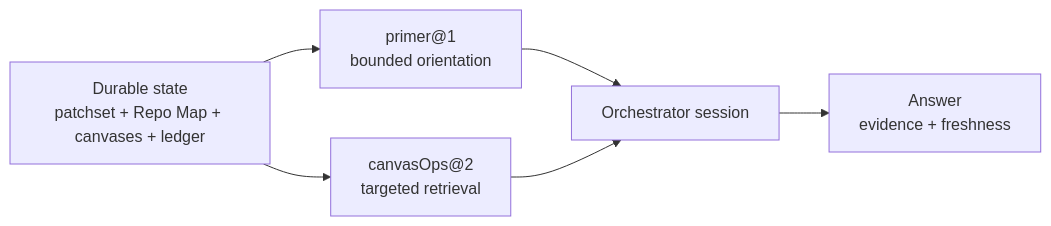
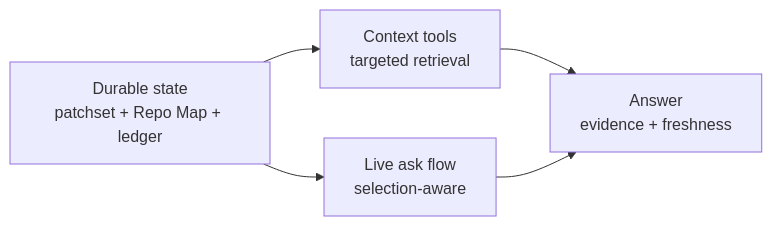
Before and after one commit to rbutera/Rennet: the diagram in docs/developing/concepts/context-assembly.md, drawn with Mermaid. The commit also changed other lines of this file and 17 other files, not shown here.

Commit message:
docs(b2): tasks 8.3-8.5 — repoint instructions→prompts, trim deleted canvas/orchestrator surfaces, rewrite context-assembly (#489)

````diff
--- a/docs/developing/concepts/context-assembly.md
+++ b/docs/developing/concepts/context-assembly.md
@@ -11,11 +10,10 @@
 ```mermaid
 flowchart LR
-  stores["Durable state<br/>patchset + Repo Map + canvases + ledger"]
-  primer["primer@1<br/>bounded orientation"]
-  session["Orchestrator session"]
-  tools["canvasOps@2<br/>targeted retrieval"]
+  stores["Durable state<br/>patchset + Repo Map + ledger"]
+  tools["Context tools<br/>targeted retrieval"]
+  ask["Live ask flow<br/>selection-aware"]
   answer["Answer<br/>evidence + freshness"]
 
-  stores --> primer --> session
-  stores --> tools --> session --> answer
+  stores --> tools --> answer
+  stores --> ask --> answer
 ```
````
